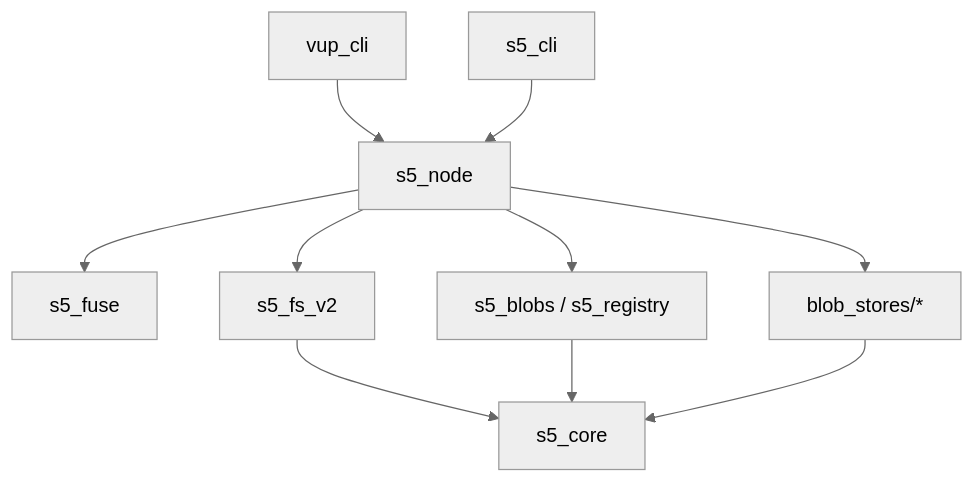
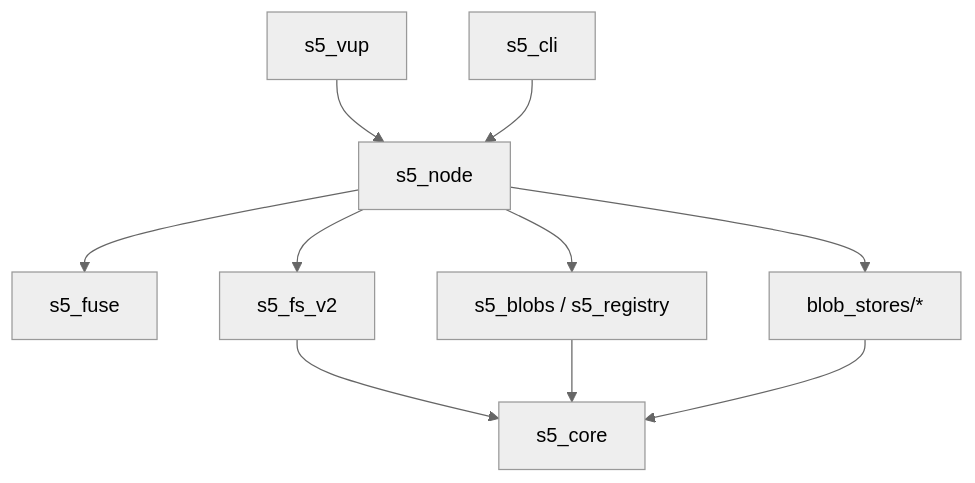
The diagram in README.md (s5-dev/s5-rs), drawn with Mermaid (neutral theme) before and after one commit. The commit also changed other lines of this file and 25 other files, not shown here.

First line of the commit message:
chore(release): rename CLI package to s5_vup, bump workspace to 1.0.0-beta.2

````diff
--- a/README.md
+++ b/README.md
@@ -37,12 +37,12 @@
 ```mermaid
 graph TD
-    Vup[vup_cli] --> Node[s5_node]
+    Vup[s5_vup] --> Node[s5_node]
     LegacyCLI[s5_cli] --> Node
     Node --> Fuse[s5_fuse]
     Node --> FS[s5_fs_v2]
     Node --> Net[s5_blobs / s5_registry]
     FS --> Core[s5_core]
     Net --> Core
     Node --> Stores[blob_stores/*]
     Stores --> Core
 ```
````
